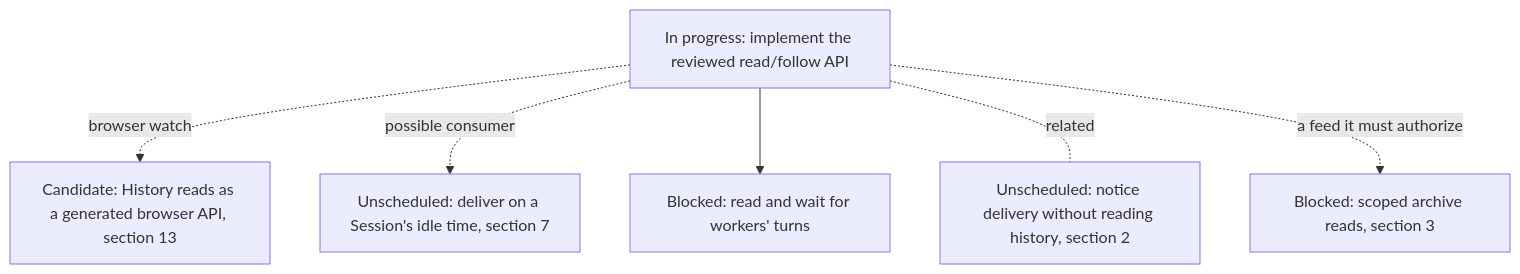
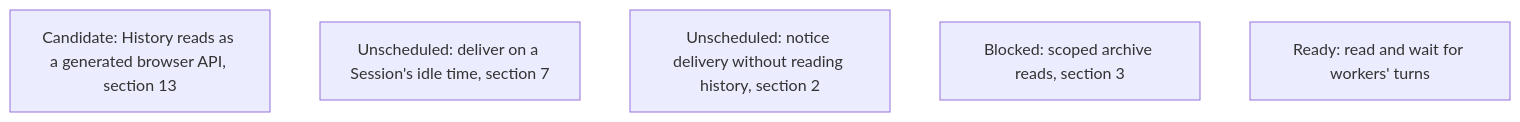
Before and after one commit to agentydragon-agent/ducktape: diagram 15 of 19 in agentplane/plans/task_dag.md, drawn with Mermaid. The commit also changed other lines of this file and 14 other files, not shown here.

Commit message:
History: follow committed Session events with resumable cursors

````diff
--- a/agentplane/plans/task_dag.md
+++ b/agentplane/plans/task_dag.md
@@ -1467,13 +1466,8 @@
 ```mermaid
 flowchart TD
-    HISTORY_READ_FOLLOW_API[In progress: implement the reviewed read/follow API]
     HISTORY_READS_FACADE[Candidate: History reads as a generated browser API, section 13]
     SESSION_ACTIVITY_STREAM[Unscheduled: deliver on a Session's idle time, section 7]
     NOTIFICATION_COMMAND_OUTCOME_DESIGN[Unscheduled: notice delivery without reading history, section 2]
     THREAD_READ_POLICY[Blocked: scoped archive reads, section 3]
-    HISTORY_READ_FOLLOW_API -. browser watch .-> HISTORY_READS_FACADE
-    HISTORY_READ_FOLLOW_API -. possible consumer .-> SESSION_ACTIVITY_STREAM
-    HISTORY_READ_FOLLOW_API --> ORCHESTRATION_V1_TURN_READS[Blocked: read and wait for workers' turns]
-    HISTORY_READ_FOLLOW_API -. related .- NOTIFICATION_COMMAND_OUTCOME_DESIGN
-    HISTORY_READ_FOLLOW_API -. a feed it must authorize .-> THREAD_READ_POLICY
+    ORCHESTRATION_V1_TURN_READS[Ready: read and wait for workers' turns]
 ```
````
